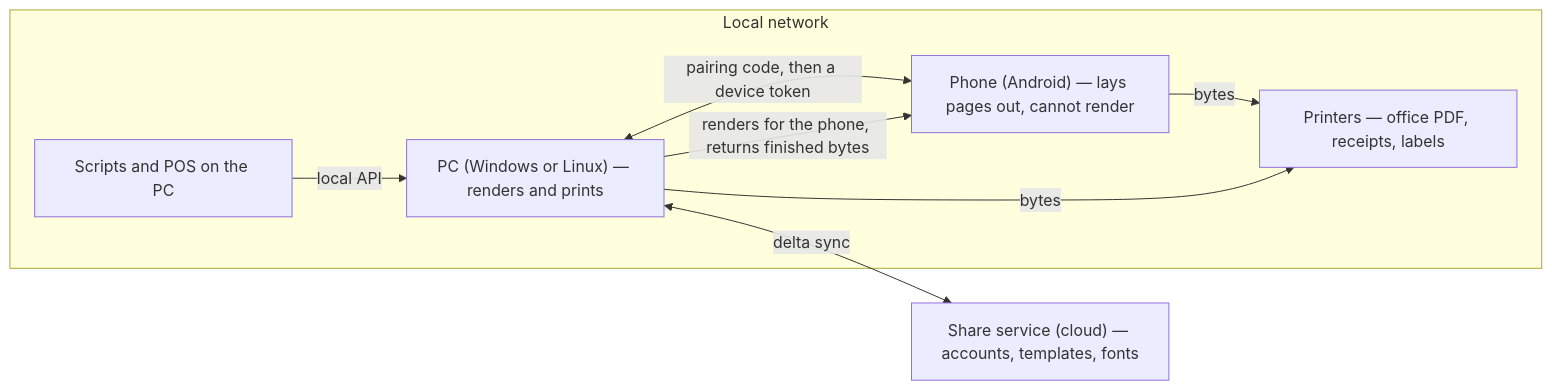
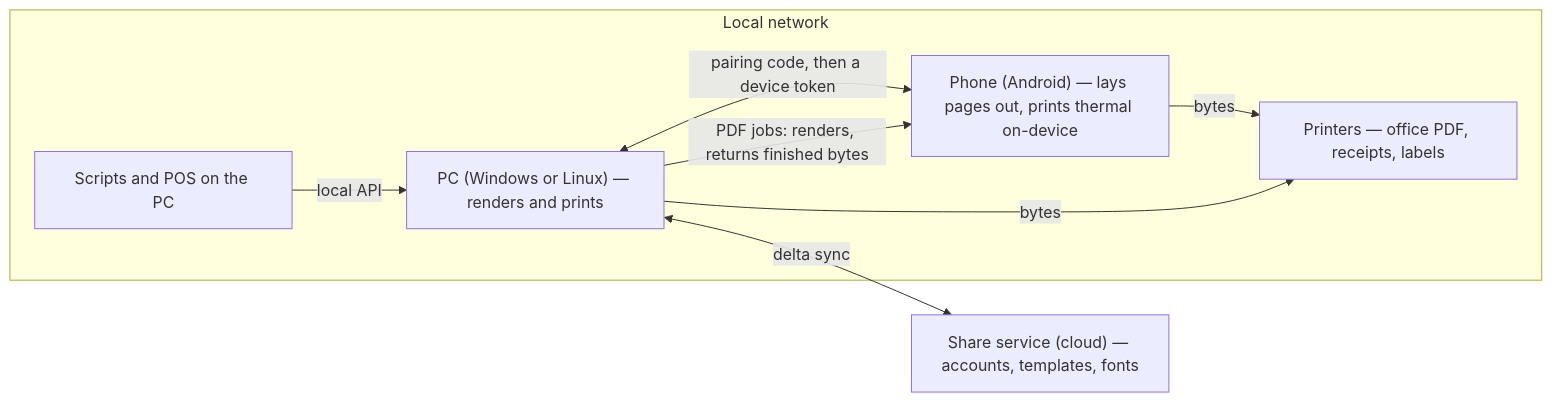
Before and after one commit to SAR-dev/PrintNinja: the first of 4 diagrams in docs/ARCHITECTURE.md, drawn with Mermaid. The commit also changed other lines of this file and 15 other files, not shown here.

````diff
--- a/docs/ARCHITECTURE.md
+++ b/docs/ARCHITECTURE.md
@@ -12,16 +12,16 @@
 ```mermaid
 flowchart LR
     subgraph LAN["Local network"]
         PC["PC (Windows or Linux) — renders and prints"]
-        PH["Phone (Android) — lays pages out, cannot render"]
+        PH["Phone (Android) — lays pages out, prints thermal on-device"]
         PR["Printers — office PDF, receipts, labels"]
         SCRIPTS["Scripts and POS on the PC"]
     end
     Srv["Share service (cloud) — accounts, templates, fonts"]
     PC <-->|pairing code, then a device token| PH
-    PC -->|renders for the phone, returns finished bytes| PH
+    PC -->|PDF jobs: renders, returns finished bytes| PH
     PH -->|bytes| PR
     PC -->|bytes| PR
     SCRIPTS -->|local API| PC
     PC <-->|delta sync| Srv
 ```
````
